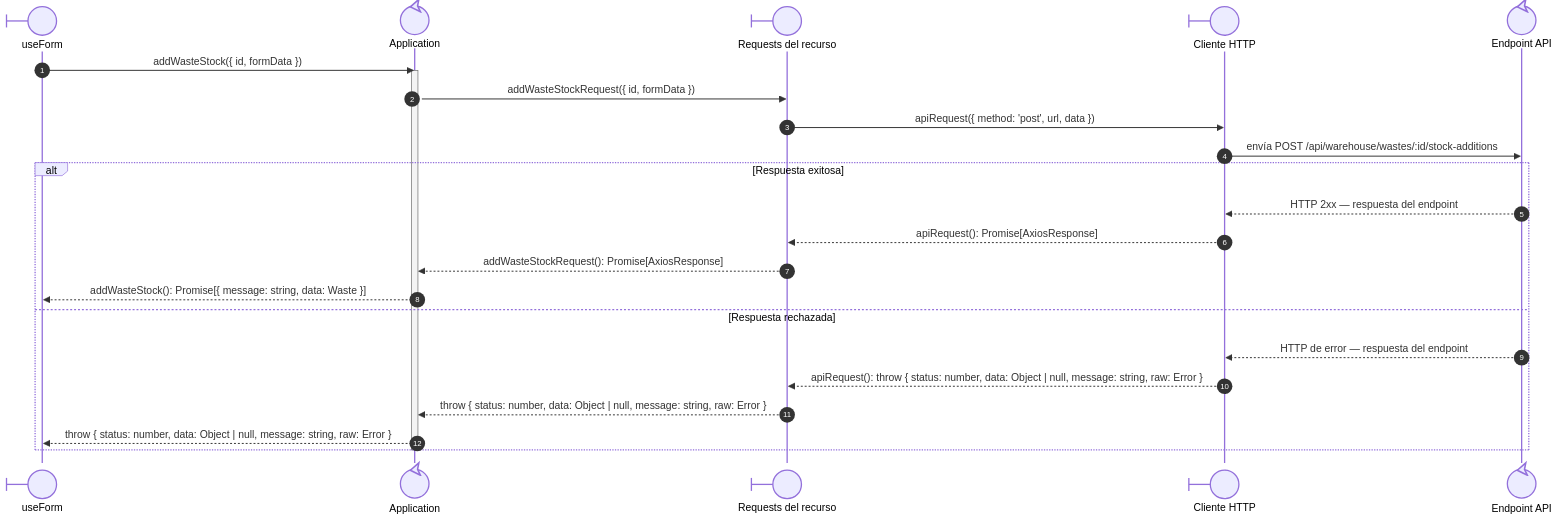
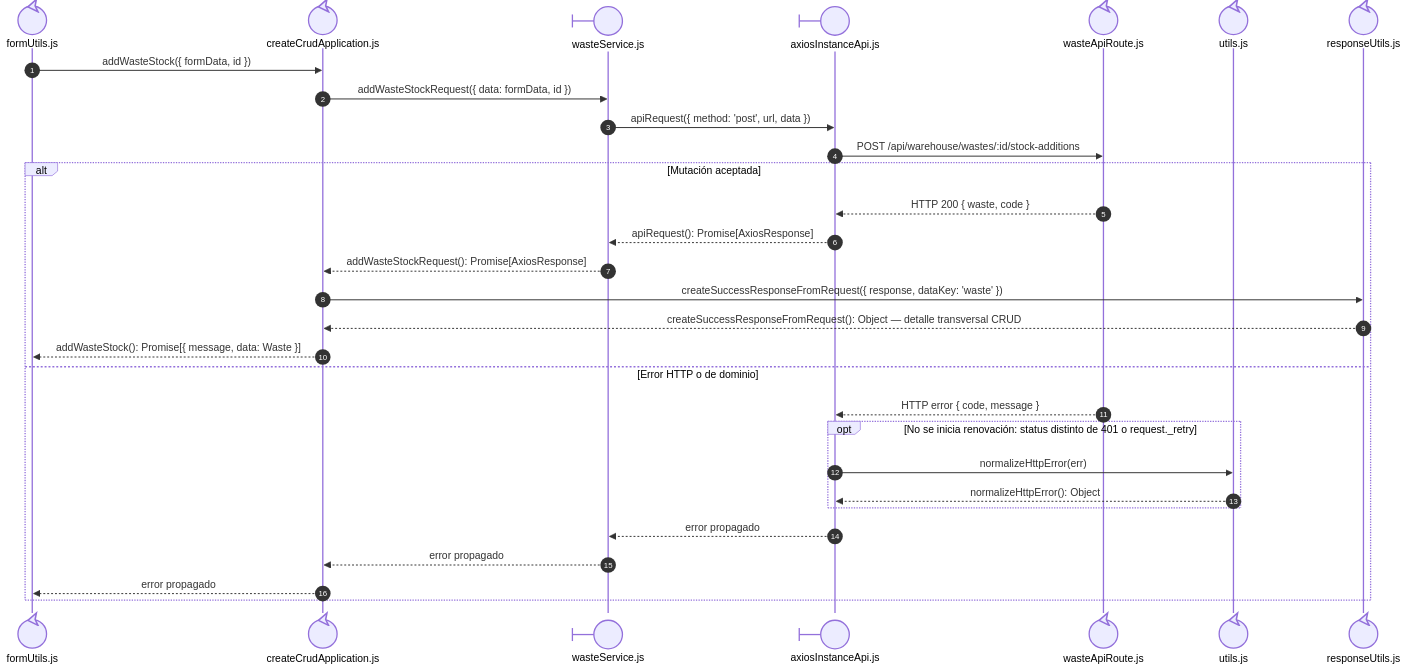
The fourth of 4 diagrams in docs/architecture/views/processes/frontend-code-sequences/catalogs/cu-alm-13.md (gpgsistemas01/nexus), drawn with Mermaid before and after one commit. The commit also changed other lines of this file and 192 other files, not shown here.

Commit message:
docs: make sequence file ownership explicit and align code flows

````diff
--- a/docs/architecture/views/processes/frontend-code-sequences/catalogs/cu-alm-13.md
+++ b/docs/architecture/views/processes/frontend-code-sequences/catalogs/cu-alm-13.md
@@ -81,27 +198,34 @@
 ```mermaid
 sequenceDiagram
     autonumber
-    participant Form@{ "type": "boundary" } as useForm
-    participant Application@{ "type": "control" } as Application
-    participant Request@{ "type": "boundary" } as Requests del recurso
-    participant HTTP@{ "type": "boundary" } as Cliente HTTP
-    participant Transport@{ "type": "control" } as Endpoint API
+    participant FormUtils@{ "type": "control" } as formUtils.js
+    participant Application@{ "type": "control" } as createCrudApplication.js
+    participant Request@{ "type": "boundary" } as wasteService.js
+    participant HTTP@{ "type": "boundary" } as axiosInstanceApi.js
+    participant Transport@{ "type": "control" } as wasteApiRoute.js
+    participant FileUtils@{ "type": "control" } as utils.js
 
-        Form->>Application: addWasteStock({ id, formData })
-        activate Application
-        Application->>Request: addWasteStockRequest({ id, formData })
-        Request->>HTTP: apiRequest({ method: 'post', url, data })
-        HTTP->>Transport: envía POST /api/warehouse/wastes/:id/stock-additions
-        alt Respuesta exitosa
-            Transport-->>HTTP: HTTP 2xx — respuesta del endpoint
-            HTTP-->>Request: apiRequest(): Promise[AxiosResponse]
-            Request-->>Application: addWasteStockRequest(): Promise[AxiosResponse]
-            Application-->>Form: addWasteStock(): Promise[{ message: string, data: Waste }]
-        else Respuesta rechazada
-            Transport-->>HTTP: HTTP de error — respuesta del endpoint
-            HTTP-->>Request: apiRequest(): throw { status: number, data: Object | null, message: string, raw: Error }
-            Request-->>Application: throw { status: number, data: Object | null, message: string, raw: Error }
-            Application-->>Form: throw { status: number, data: Object | null, message: string, raw: Error }
+    participant FileResponseUtils@{ "type": "control" } as responseUtils.js
+
+    FormUtils->>Application: addWasteStock({ formData, id })
+    Application->>Request: addWasteStockRequest({ data: formData, id })
+    Request->>HTTP: apiRequest({ method: 'post', url, data })
+    HTTP->>Transport: POST /api/warehouse/wastes/:id/stock-additions
+    alt Mutación aceptada
+        Transport-->>HTTP: HTTP 200 { waste, code }
+        HTTP-->>Request: apiRequest(): Promise[AxiosResponse]
+        Request-->>Application: addWasteStockRequest(): Promise[AxiosResponse]
+        Application->>FileResponseUtils: createSuccessResponseFromRequest({ response, dataKey: 'waste' })
+        FileResponseUtils-->>Application: createSuccessResponseFromRequest(): Object — detalle transversal CRUD
+        Application-->>FormUtils: addWasteStock(): Promise[{ message, data: Waste }]
+    else Error HTTP o de dominio
+        Transport-->>HTTP: HTTP error { code, message }
+        opt No se inicia renovación: status distinto de 401 o request._retry
+            HTTP->>FileUtils: normalizeHttpError(err)
+            FileUtils-->>HTTP: normalizeHttpError(): Object
+        end
+        HTTP-->>Request: error propagado
+        Request-->>Application: error propagado
+        Application-->>FormUtils: error propagado
     end
-        deactivate Application
 ```
````
